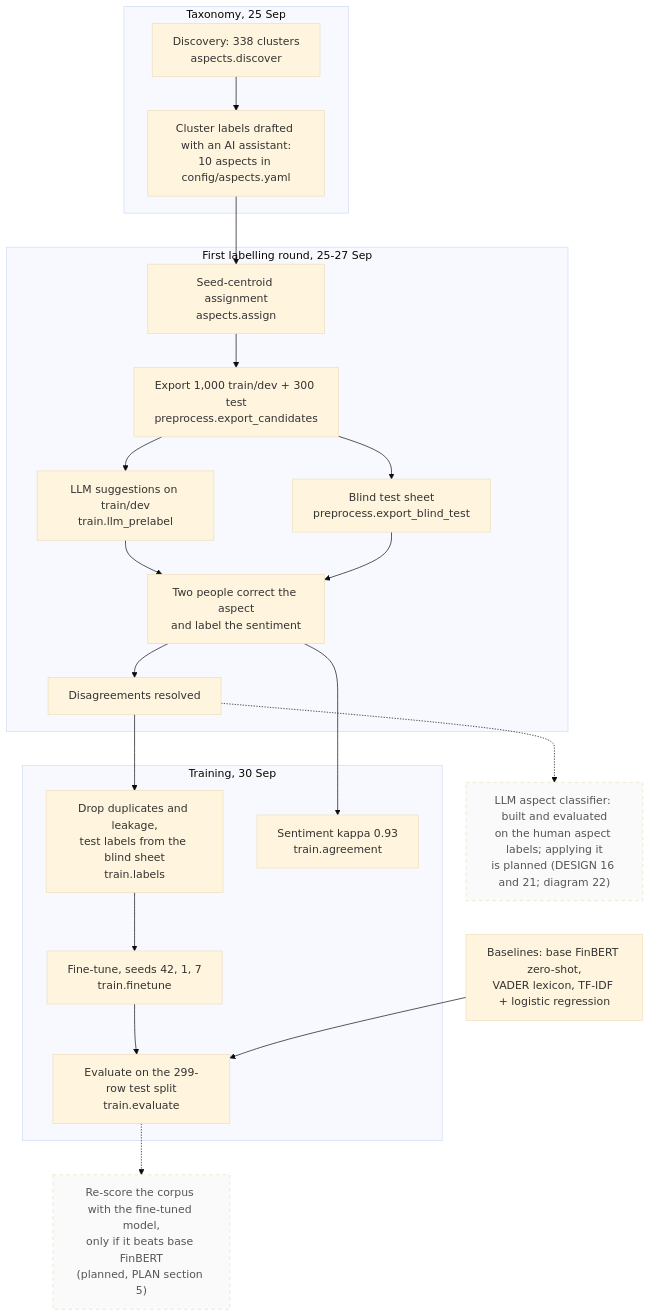
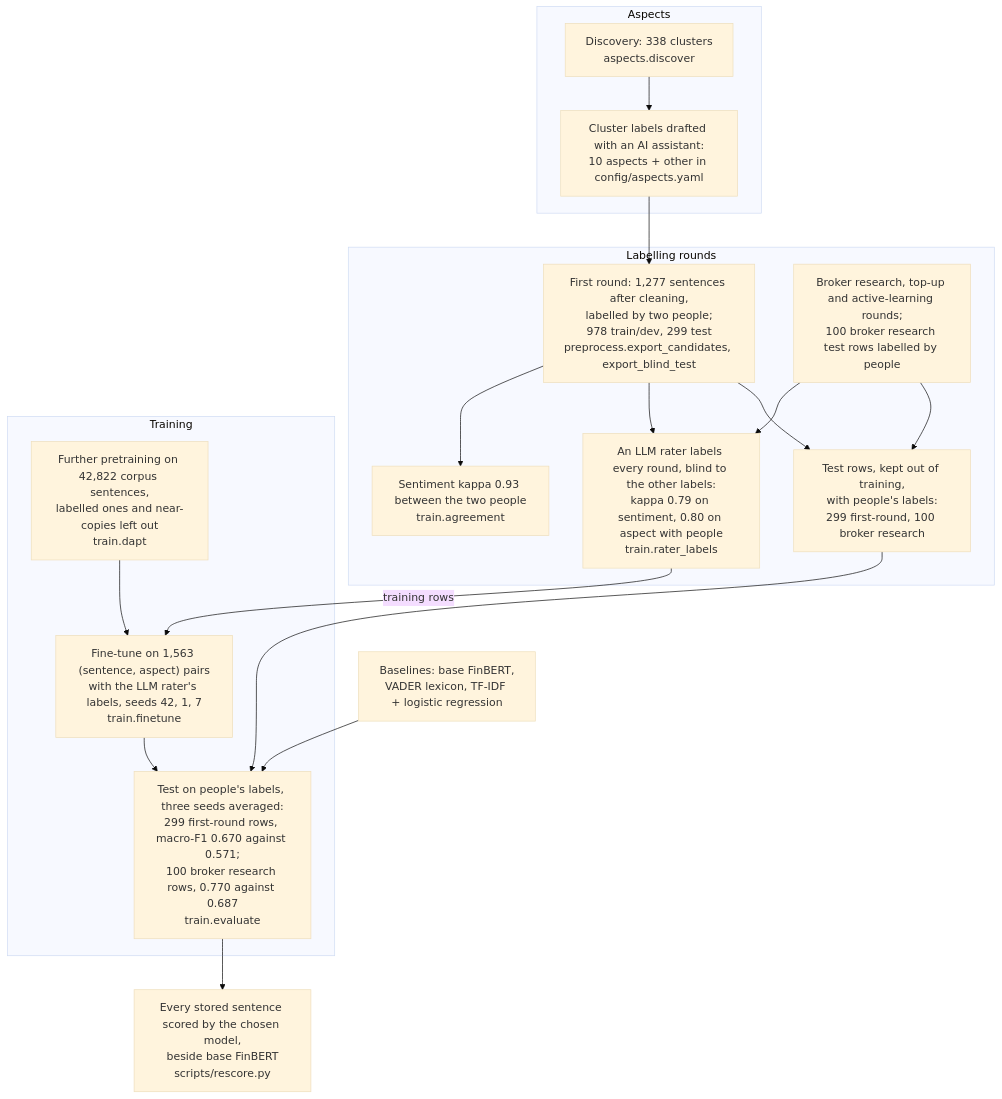
One commit to Gavingyh/plp-project changed the diagram in docs/diagrams/09-labelling-training.md. Above: the diagram before and after it, drawn with Mermaid (base theme). The commit also changed other lines of this file and 124 other files, not shown here.

````diff
--- a/docs/diagrams/09-labelling-training.md
+++ b/docs/diagrams/09-labelling-training.md
@@ -7,42 +7,39 @@
 ```mermaid
 flowchart TB
   accTitle: Labelling and training workflow
-  accDescr: The taxonomy came from labelling 338 discovery clusters. Candidates were assigned, exported with a blind test sheet, labelled by two people and resolved. The labels were cleaned, agreement measured, and FinBERT fine-tuned over three seeds and evaluated against baselines. An LLM aspect classifier is built and evaluated; applying it and re-scoring the corpus are planned.
+  accDescr: The aspects came from labelling 338 discovery clusters. People labelled the first round, whose 299 test rows they kept, and the broker research test rows; an LLM rater labelled every round. FinBERT was further pretrained on the corpus, fine-tuned over three seeds on the LLM rater's labels, and tested against baselines on the sentences people labelled. The chosen model scores the whole corpus beside base FinBERT.
 
-  subgraph tax["Taxonomy, 25 Sep"]
+  subgraph tax["Aspects"]
     disc["Discovery: 338 clusters<br/>aspects.discover"]
-    lab["Cluster labels drafted with an AI assistant:<br/>10 aspects in config/aspects.yaml"]
+    lab["Cluster labels drafted with an AI assistant:<br/>10 aspects + other in config/aspects.yaml"]
   end
 
-  subgraph round["First labelling round, 25-27 Sep"]
-    asg["Seed-centroid assignment<br/>aspects.assign"]
-    exp["Export 1,000 train/dev + 300 test<br/>preprocess.export_candidates"]
-    pre["LLM suggestions on train/dev<br/>train.llm_prelabel"]
-    blind["Blind test sheet<br/>preprocess.export_blind_test"]
-    two["Two people correct the aspect<br/>and label the sentiment"]
-    res["Disagreements resolved"]
+  subgraph rounds["Labelling rounds"]
+    first["First round: 1,277 sentences after cleaning,<br/>labelled by two people;<br/>978 train/dev, 299 test<br/>preprocess.export_candidates, export_blind_test"]
+    agree["Sentiment kappa 0.93 between the two people<br/>train.agreement"]
+    later["Broker research, top-up and active-learning rounds;<br/>100 broker research test rows labelled by people"]
+    rater["An LLM rater labels every round, blind to the other labels:<br/>kappa 0.79 on sentiment, 0.80 on aspect with people<br/>train.rater_labels"]
+    tests["Test rows, kept out of training,<br/>with people's labels:<br/>299 first-round, 100 broker research"]
   end
 
-  subgraph use["Training, 30 Sep"]
-    clean["Drop duplicates and leakage,<br/>test labels from the blind sheet<br/>train.labels"]
-    agree["Sentiment kappa 0.93<br/>train.agreement"]
-    ft["Fine-tune, seeds 42, 1, 7<br/>train.finetune"]
-    ev["Evaluate on the 299-row test split<br/>train.evaluate"]
+  subgraph use["Training"]
+    dapt["Further pretraining on 42,822 corpus sentences,<br/>labelled ones and near-copies left out<br/>train.dapt"]
+    ft["Fine-tune on 1,563 (sentence, aspect) pairs<br/>with the LLM rater's labels, seeds 42, 1, 7<br/>train.finetune"]
+    ev["Test on people's labels, three seeds averaged:<br/>299 first-round rows, macro-F1 0.670 against 0.571;<br/>100 broker research rows, 0.770 against 0.687<br/>train.evaluate"]
   end
 
-  base["Baselines: base FinBERT zero-shot,<br/>VADER lexicon, TF-IDF + logistic regression"]
-  llm["LLM aspect classifier: built and evaluated<br/>on the human aspect labels; applying it<br/>is planned (DESIGN 16 and 21; diagram 22)"]
-  rescore["Re-score the corpus with the fine-tuned model,<br/>only if it beats base FinBERT<br/>(planned, PLAN section 5)"]
+  base["Baselines: base FinBERT,<br/>VADER lexicon, TF-IDF + logistic regression"]
+  rescore["Every stored sentence scored by the chosen model,<br/>beside base FinBERT<br/>scripts/rescore.py"]
 
-  disc --> lab --> asg --> exp
-  exp --> pre --> two
-  exp --> blind --> two
-  two --> res --> clean --> ft --> ev
-  two --> agree
+  disc --> lab --> first
+  first --> agree
+  first --> rater
+  later --> rater
+  first --> tests
+  later --> tests
+  rater -- "training rows" --> ft
+  dapt --> ft --> ev
+  tests --> ev
   base --> ev
-  res -.-> llm
-  ev -.-> rescore
-
-  classDef planned stroke-dasharray: 5 5,color:#555,fill:#fafafa;
-  class llm,rescore planned;
+  ev --> rescore
 ```
````
